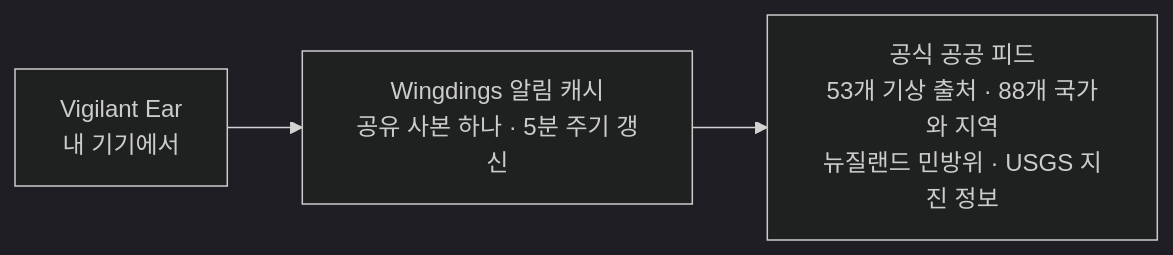
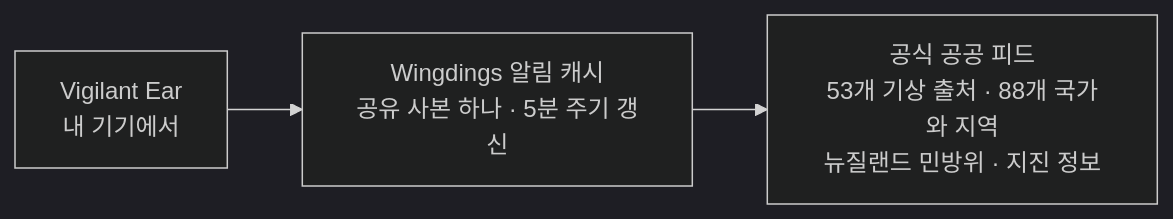
The fourth of 4 diagrams in README_ko.md (rpalm01-star/VigilantEarLegal), drawn with Mermaid (dark theme) before and after one commit. The commit also changed other lines of this file and 47 other files, not shown here.

````diff
--- a/README_ko.md
+++ b/README_ko.md
@@ -171,5 +171,5 @@
 ```mermaid
 graph LR
     P1["Vigilant Ear<br/>내 기기에서"] --> W["Wingdings 알림 캐시<br/>공유 사본 하나 · 5분 주기 갱신"]
-    W --> N["공식 공공 피드<br/>53개 기상 출처 · 88개 국가와 지역<br/>뉴질랜드 민방위 · USGS 지진 정보"]
+    W --> N["공식 공공 피드<br/>53개 기상 출처 · 88개 국가와 지역<br/>뉴질랜드 민방위 · 지진 정보"]
 ```
````
